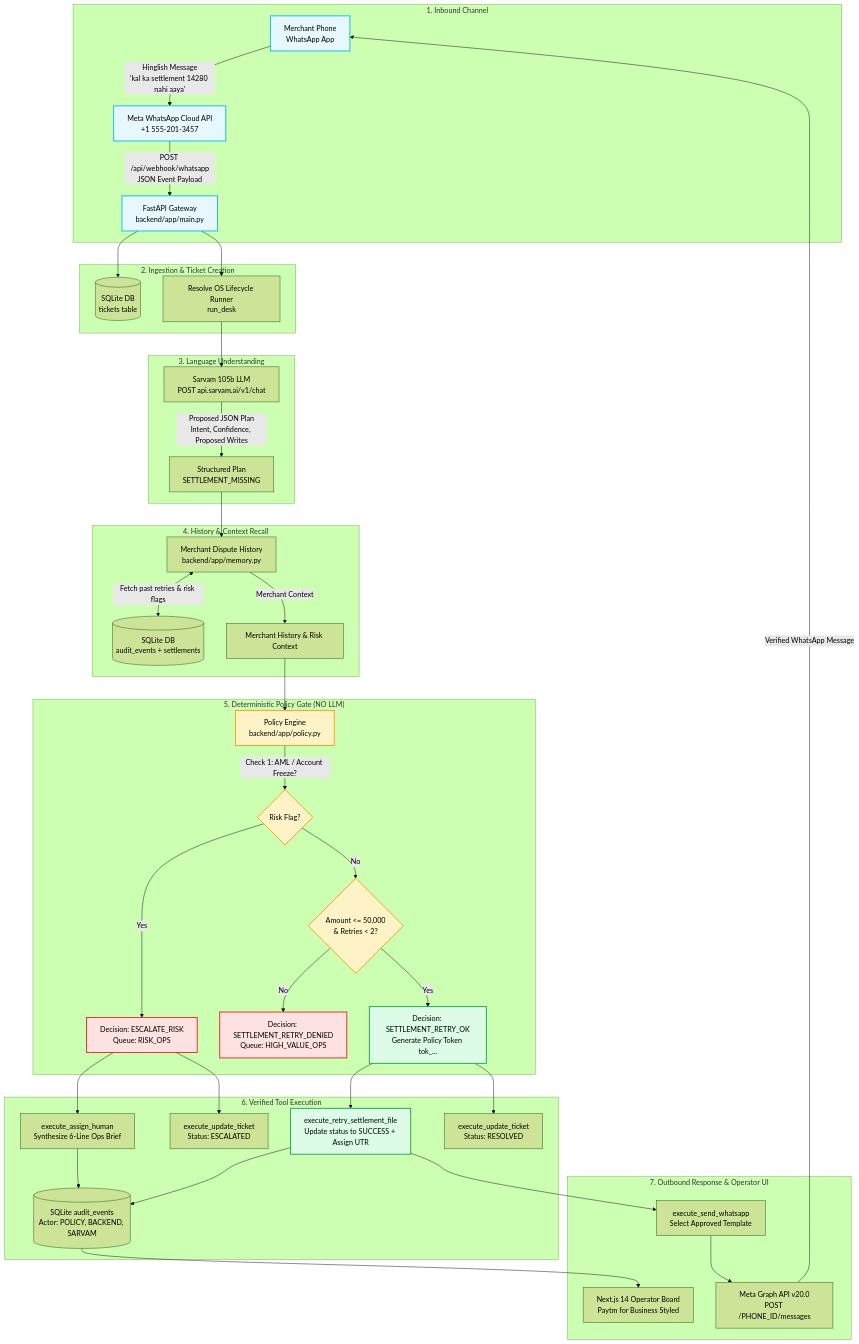
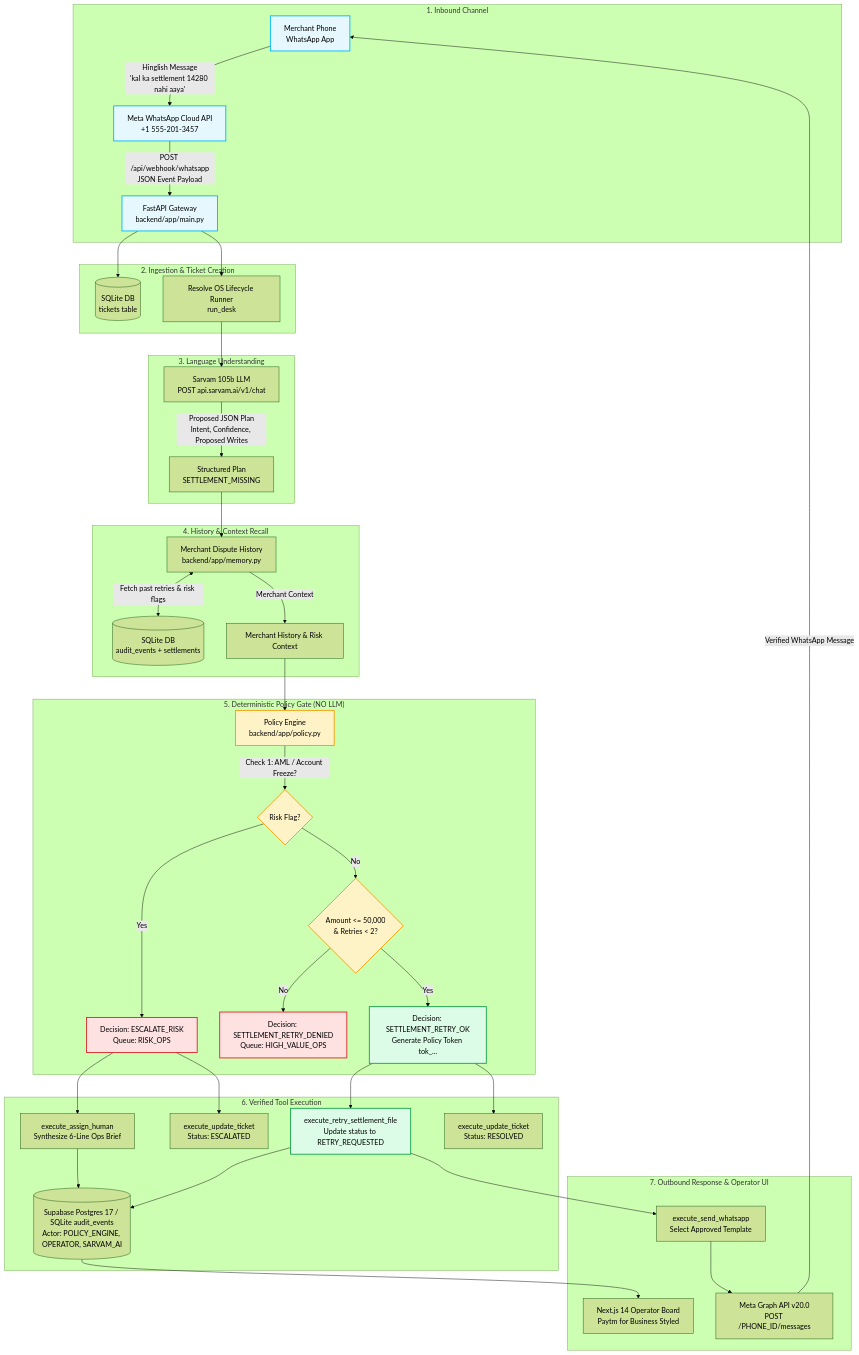
The diagram in README.md (sparsh101sparsh/paytm-desk), drawn with Mermaid (forest theme) before and after one commit. The commit also changed other lines of this file and 29 other files, not shown here.

Commit message:
fix(audit): resolve 33-point architecture audit with Supabase Postgres, truthful execution, and dead code removal

````diff
--- a/README.md
+++ b/README.md
@@ -51,58 +51,58 @@
 ```mermaid
 flowchart TD
     subgraph INBOUND ["1. Inbound Channel"]
         M[Merchant Phone\nWhatsApp App] -->|Hinglish Message\n'kal ka settlement 14280 nahi aaya'| WA_META[Meta WhatsApp Cloud API\n+1 555-201-3457]
         WA_META -->|POST /api/webhook/whatsapp\nJSON Event Payload| GW[FastAPI Gateway\nbackend/app/main.py]
     end
 
     subgraph INGEST ["2. Ingestion & Ticket Creation"]
         GW --> DB_TICKETS[(SQLite DB\ntickets table)]
         GW --> DISPATCH[Resolve OS Lifecycle Runner\nrun_desk]
     end
 
     subgraph STAGE1 ["3. Language Understanding"]
         DISPATCH --> SARVAM[Sarvam 105b LLM\nPOST api.sarvam.ai/v1/chat]
         SARVAM -->|Proposed JSON Plan\nIntent, Confidence, Proposed Writes| PLAN_OUT[Structured Plan\nSETTLEMENT_MISSING]
     end
 
     subgraph STAGE2 ["4. History & Context Recall"]
         PLAN_OUT --> HISTORY[Merchant Dispute History\nbackend/app/memory.py]
         HISTORY <-->|Fetch past retries & risk flags| DB_AUDIT[(SQLite DB\naudit_events + settlements)]
         HISTORY -->|Merchant Context| CONTEXT[Merchant History & Risk Context]
     end
 
     subgraph STAGE3 ["5. Deterministic Policy Gate (NO LLM)"]
         CONTEXT --> POLICY[Policy Engine\nbackend/app/policy.py]
         POLICY -->|Check 1: AML / Account Freeze?| CHK_FREEZE{Risk Flag?}
         CHK_FREEZE -->|Yes| ESC_RISK[Decision: ESCALATE_RISK\nQueue: RISK_OPS]
         CHK_FREEZE -->|No| CHK_AMT{Amount <= 50,000\n& Retries < 2?}
         CHK_AMT -->|No| ESC_AMT[Decision: SETTLEMENT_RETRY_DENIED\nQueue: HIGH_VALUE_OPS]
         CHK_AMT -->|Yes| ALLOW_RETRY[Decision: SETTLEMENT_RETRY_OK\nGenerate Policy Token tok_...]
     end
 
     subgraph STAGE4 ["6. Verified Tool Execution"]
-        ALLOW_RETRY --> T_RETRY[execute_retry_settlement_file\nUpdate status to SUCCESS + Assign UTR]
+        ALLOW_RETRY --> T_RETRY[execute_retry_settlement_file\nUpdate status to RETRY_REQUESTED]
         ALLOW_RETRY --> T_TICKET[execute_update_ticket\nStatus: RESOLVED]
         ESC_RISK --> T_BRIEF[execute_assign_human\nSynthesize 6-Line Ops Brief]
         ESC_RISK --> T_TICKET_ESC[execute_update_ticket\nStatus: ESCALATED]
-        T_RETRY --> AUDIT_LOG[(SQLite audit_events\nActor: POLICY, BACKEND, SARVAM)]
+        T_RETRY --> AUDIT_LOG[(Supabase Postgres 17 / SQLite audit_events\nActor: POLICY_ENGINE, OPERATOR, SARVAM_AI)]
         T_BRIEF --> AUDIT_LOG
     end
 
     subgraph OUTBOUND ["7. Outbound Response & Operator UI"]
         T_RETRY --> T_WA[execute_send_whatsapp\nSelect Approved Template]
         T_WA --> META_GRAPH[Meta Graph API v20.0\nPOST /PHONE_ID/messages]
         META_GRAPH -->|Verified WhatsApp Message| M
         AUDIT_LOG --> UI[Next.js 14 Operator Board\nPaytm for Business Styled]
     end
 
     classDef inbound fill:#E6F8FE,stroke:#00BAF2,stroke-width:2px;
     classDef gate fill:#FEF3C7,stroke:#F59E0B,stroke-width:2px;
     classDef safe fill:#DCFCE7,stroke:#16A34A,stroke-width:2px;
     classDef danger fill:#FEE2E2,stroke:#DC2626,stroke-width:2px;
 
     class M,WA_META,GW inbound;
     class POLICY,CHK_FREEZE,CHK_AMT gate;
     class ALLOW_RETRY,T_RETRY safe;
     class ESC_RISK,ESC_AMT danger;
 ```
````
